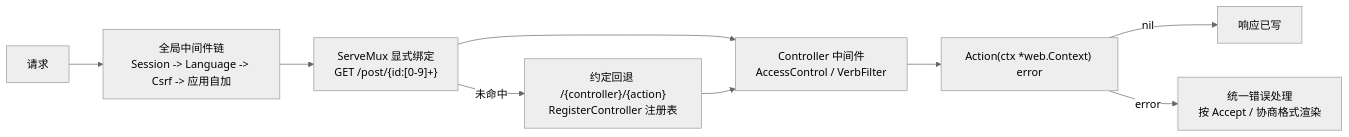
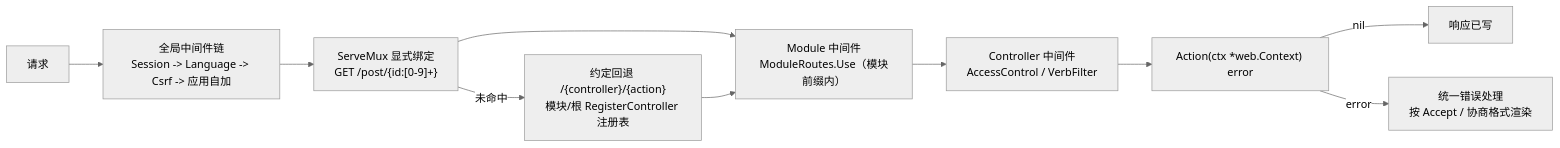
The diagram in docs/组件-web路由与中间件.md (goyii2/framework), drawn with Mermaid (neutral theme) before and after one commit. The commit also changed other lines of this file and 13 other files, not shown here.

````diff
--- a/docs/组件-web路由与中间件.md
+++ b/docs/组件-web路由与中间件.md
@@ -7,11 +7,12 @@
 ```mermaid
 flowchart LR
     REQ[请求] --> PIPE["全局中间件链<br/>Session -> Language -> Csrf -> 应用自加"]
     PIPE --> MUX["ServeMux 显式绑定<br/>GET /post/{id:[0-9]+}"]
-    MUX -- 未命中 --> FALL["约定回退 /{controller}/{action}<br/>RegisterController 注册表"]
-    MUX --> CMW["Controller 中间件<br/>AccessControl / VerbFilter"]
-    FALL --> CMW
+    MUX -- 未命中 --> FALL["约定回退 /{controller}/{action}<br/>模块/根 RegisterController 注册表"]
+    MUX --> MMW["Module 中间件<br/>ModuleRoutes.Use（模块前缀内）"]
+    FALL --> MMW
+    MMW --> CMW["Controller 中间件<br/>AccessControl / VerbFilter"]
     CMW --> ACT["Action(ctx *web.Context) error"]
     ACT -->|nil| RESP[响应已写]
     ACT -->|error| ERR["统一错误处理<br/>按 Accept / 协商格式渲染"]
 ```
````
